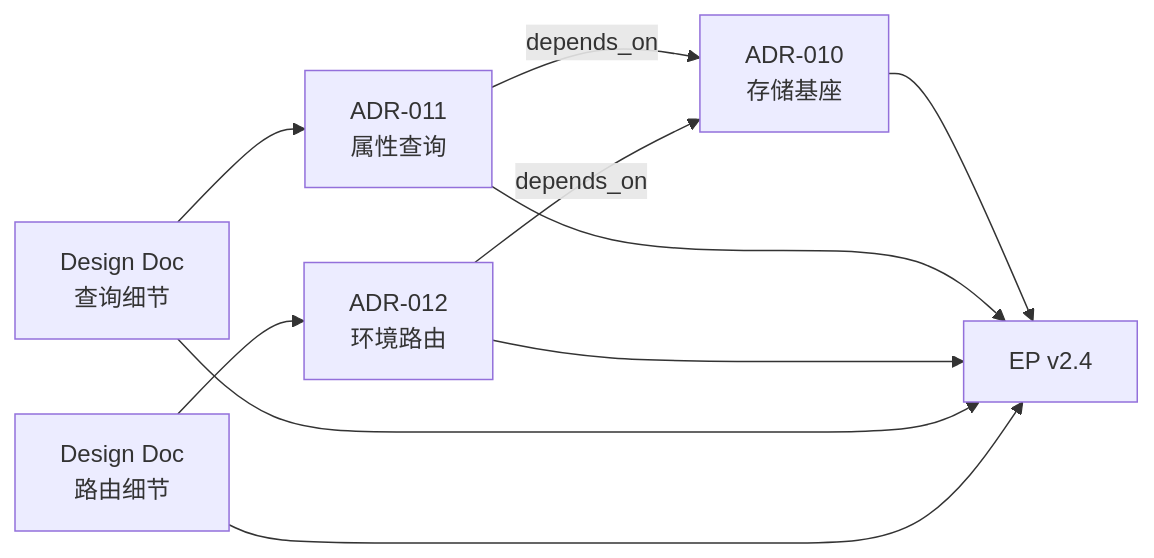
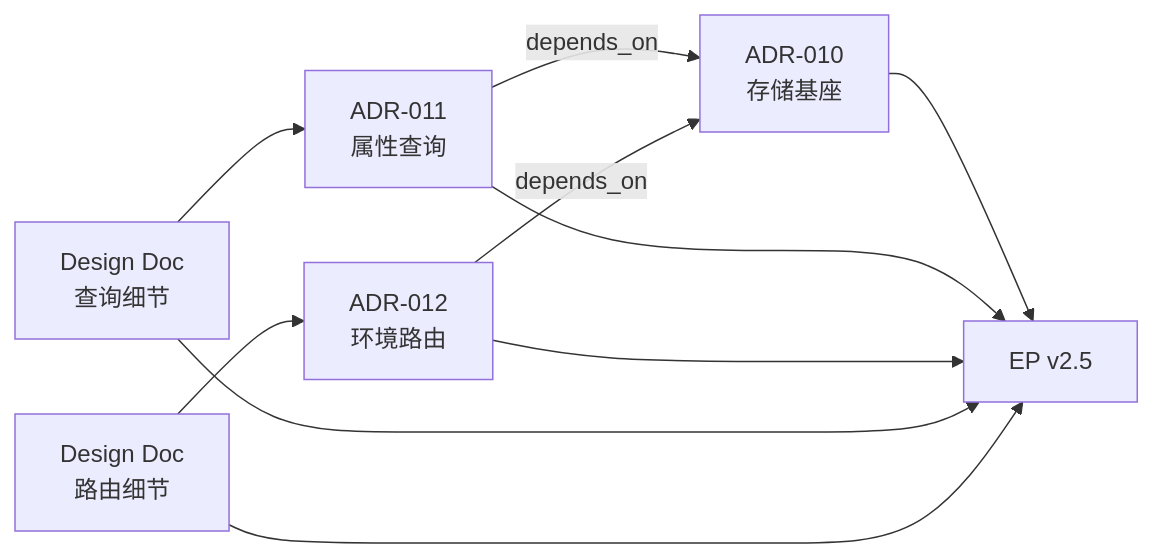
The third of 5 diagrams in README.md (XiaoWeiKIN/RepoFoundryAI), drawn with Mermaid before and after one commit. The commit also changed other lines of this file and 19 other files, not shown here.

````diff
--- a/README.md
+++ b/README.md
@@ -405,12 +412,12 @@
 ```mermaid
 flowchart LR
     A11["ADR-011<br/>属性查询"] -->|"depends_on"| A10["ADR-010<br/>存储基座"]
     A12["ADR-012<br/>环境路由"] -->|"depends_on"| A10
     D1["Design Doc<br/>查询细节"] --> A11
     D2["Design Doc<br/>路由细节"] --> A12
-    A10 --> EP["EP v2.4"]
+    A10 --> EP["EP v2.5"]
     A11 --> EP
     A12 --> EP
     D1 --> EP
     D2 --> EP
 ```
````
